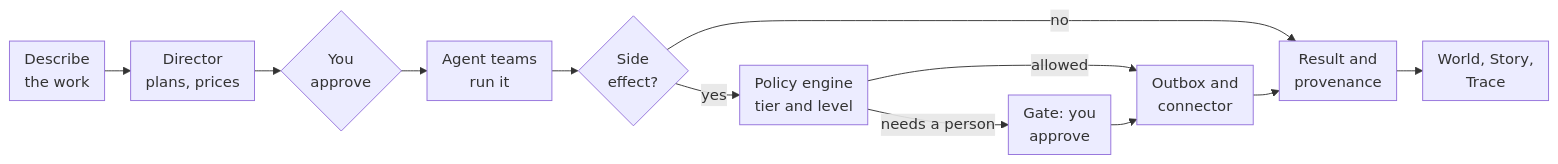
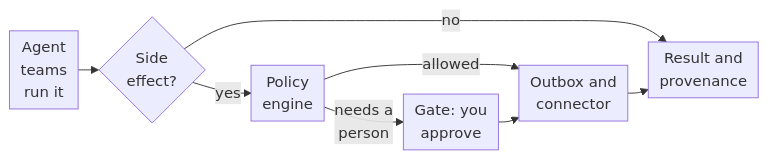
Before and after one commit to spark-456/tilo: the first of 5 diagrams in README.md, drawn with Mermaid. The commit also changed other lines of this file, not shown here.

First line of the commit message:
docs(readme): make the Mermaid diagrams fit the GitHub column

````diff
--- a/README.md
+++ b/README.md
@@ -102,15 +104,11 @@
 ```mermaid
-%%{init: {"flowchart": {"nodeSpacing": 20, "rankSpacing": 28, "padding": 8}}}%%
+%%{init: {"flowchart": {"rankSpacing": 22, "nodeSpacing": 20, "padding": 6}}}%%
 flowchart LR
-    A["Describe<br/>the work"] --> B["Director<br/>plans, prices"]
-    B --> C{"You<br/>approve"}
-    C --> D["Agent teams<br/>run it"]
-    D --> E{"Side<br/>effect?"}
+    A["Agent<br/>teams<br/>run it"] --> E{"Side<br/>effect?"}
     E -- "no" --> I["Result and<br/>provenance"]
-    E -- "yes" --> F["Policy engine<br/>tier and level"]
-    F -- "needs a person" --> G["Gate: you<br/>approve"]
+    E -- "yes" --> F["Policy<br/>engine"]
     F -- "allowed" --> H["Outbox and<br/>connector"]
+    F -- "needs a<br/>person" --> G["Gate: you<br/>approve"]
     G --> H
     H --> I
-    I --> J["World, Story,<br/>Trace"]
 ```
````
